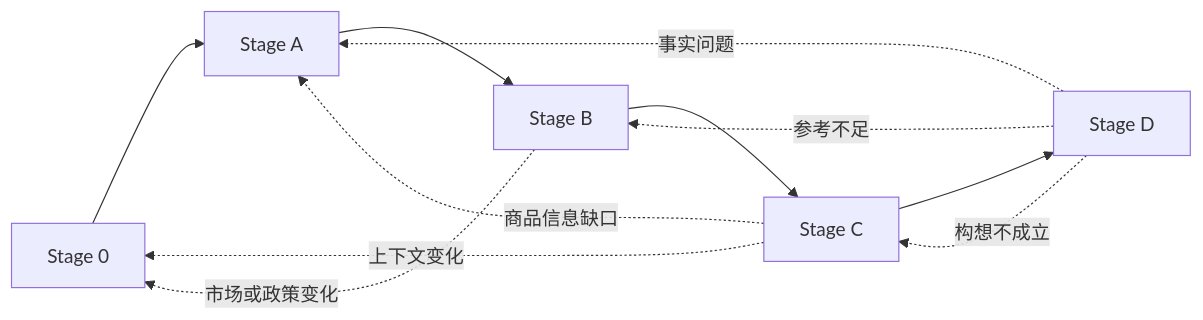
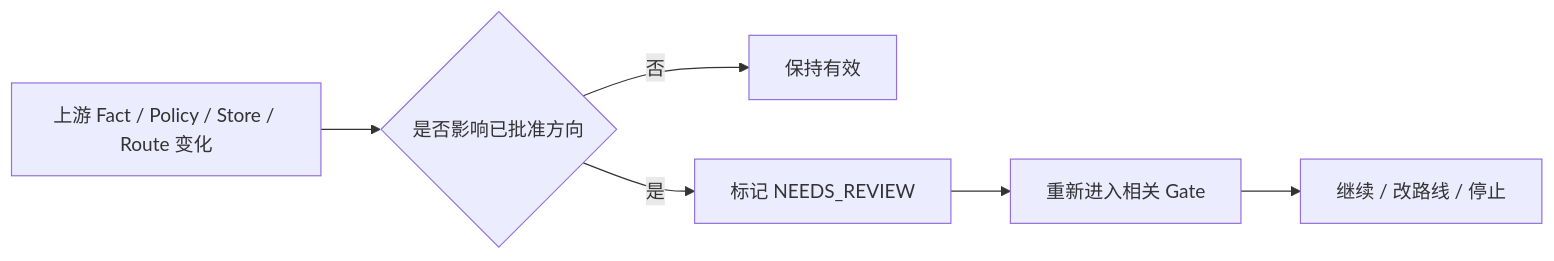
The seventh of 7 diagrams in 04_RELEASE_1_BUSINESS_PROCESS.md (SONG-36/TK_Video_Intelligence_Workbench), drawn with Mermaid before and after one commit. The commit also changed other lines of this file and 8 other files, not shown here.

````diff
--- a/04_RELEASE_1_BUSINESS_PROCESS.md
+++ b/04_RELEASE_1_BUSINESS_PROCESS.md
@@ -362,16 +403,13 @@
 ```mermaid
 flowchart LR
-    S0[Stage 0]
-    A[Stage A]
-    B[Stage B]
-    C[Stage C]
-    D[Stage D]
+    U[上游 Fact / Policy / Store / Route 变化]
+    A{是否影响已批准方向}
+    B[保持有效]
+    C[标记 NEEDS_REVIEW]
+    D[重新进入相关 Gate]
+    E[继续 / 改路线 / 停止]
 
-    S0 --> A --> B --> C --> D
-    D -. 事实问题 .-> A
-    D -. 参考不足 .-> B
-    D -. 构想不成立 .-> C
-    C -. 上下文变化 .-> S0
-    C -. 商品信息缺口 .-> A
-    B -. 市场或政策变化 .-> S0
+    U --> A
+    A -- 否 --> B
+    A -- 是 --> C --> D --> E
 ```
````
